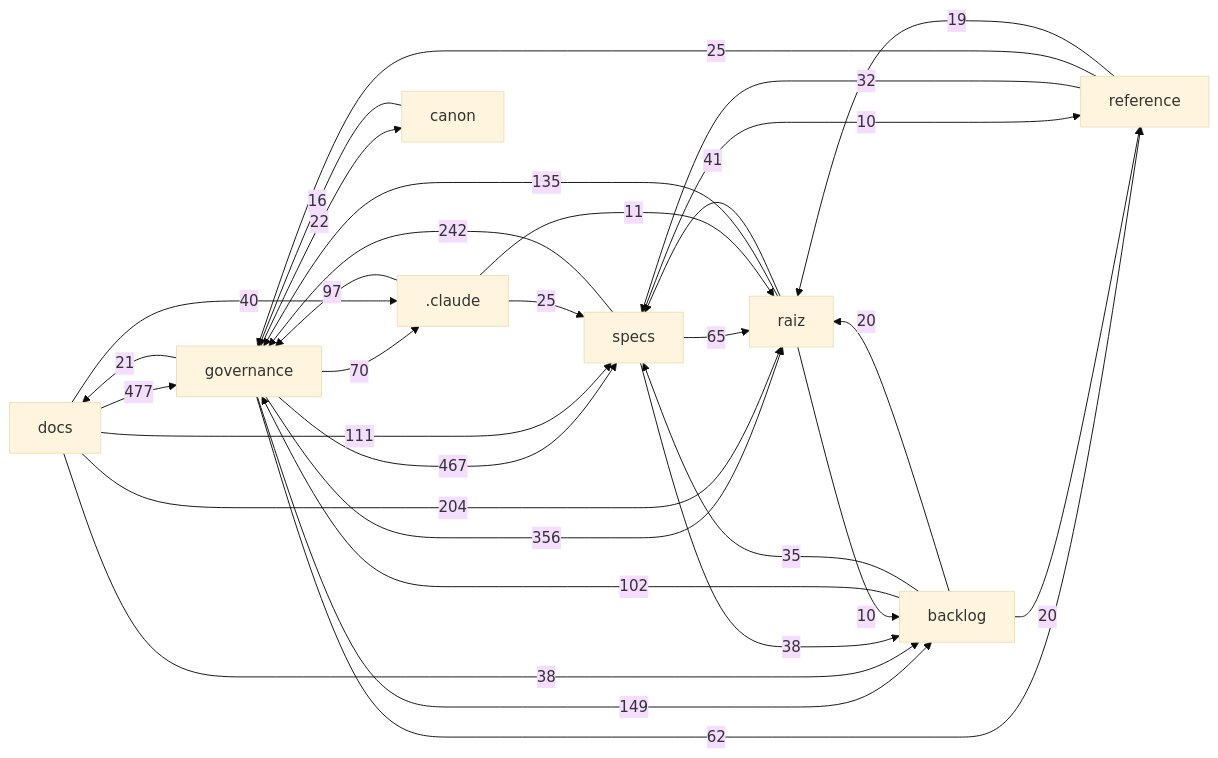
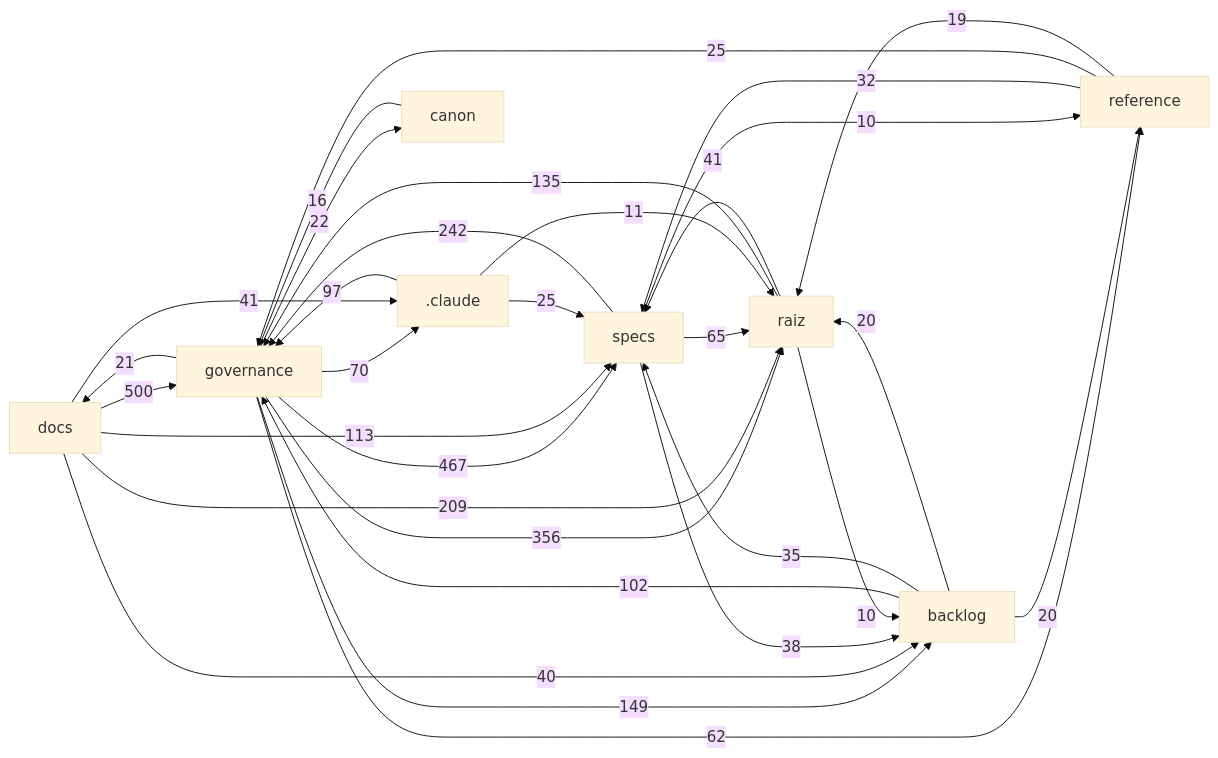
One commit to Andraus35/Sistema-Operacional-de-Trading--SOT changed the diagram in docs/mapa/MAPA-PROJETO.md. Above: the diagram before and after it, drawn with Mermaid (base theme). The commit also changed other lines of this file and 3 other files, not shown here.

````diff
--- a/docs/mapa/MAPA-PROJETO.md
+++ b/docs/mapa/MAPA-PROJETO.md
@@ -29,33 +29,33 @@
 ```mermaid
 flowchart LR
-  docs["docs"] -->|477| governance["governance"]
+  docs["docs"] -->|500| governance["governance"]
   governance["governance"] -->|467| specs["specs"]
   governance["governance"] -->|356| raiz["raiz"]
   specs["specs"] -->|242| governance["governance"]
-  docs["docs"] -->|204| raiz["raiz"]
+  docs["docs"] -->|209| raiz["raiz"]
   governance["governance"] -->|149| backlog["backlog"]
   raiz["raiz"] -->|135| governance["governance"]
-  docs["docs"] -->|111| specs["specs"]
+  docs["docs"] -->|113| specs["specs"]
   backlog["backlog"] -->|102| governance["governance"]
   _claude[".claude"] -->|97| governance["governance"]
   governance["governance"] -->|70| _claude[".claude"]
   specs["specs"] -->|65| raiz["raiz"]
   governance["governance"] -->|62| reference["reference"]
   raiz["raiz"] -->|41| specs["specs"]
-  docs["docs"] -->|40| _claude[".claude"]
-  docs["docs"] -->|38| backlog["backlog"]
+  docs["docs"] -->|41| _claude[".claude"]
+  docs["docs"] -->|40| backlog["backlog"]
   specs["specs"] -->|38| backlog["backlog"]
   backlog["backlog"] -->|35| specs["specs"]
   reference["reference"] -->|32| specs["specs"]
   _claude[".claude"] -->|25| specs["specs"]
   reference["reference"] -->|25| governance["governance"]
   governance["governance"] -->|22| canon["canon"]
   governance["governance"] -->|21| docs["docs"]
   backlog["backlog"] -->|20| raiz["raiz"]
   backlog["backlog"] -->|20| reference["reference"]
   reference["reference"] -->|19| raiz["raiz"]
   canon["canon"] -->|16| governance["governance"]
   _claude[".claude"] -->|11| raiz["raiz"]
   raiz["raiz"] -->|10| backlog["backlog"]
   specs["specs"] -->|10| reference["reference"]
 ```
````
